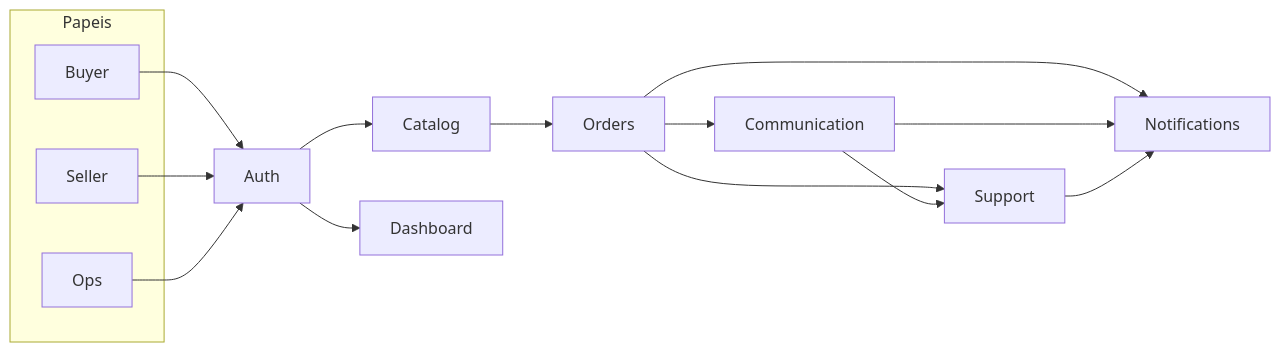
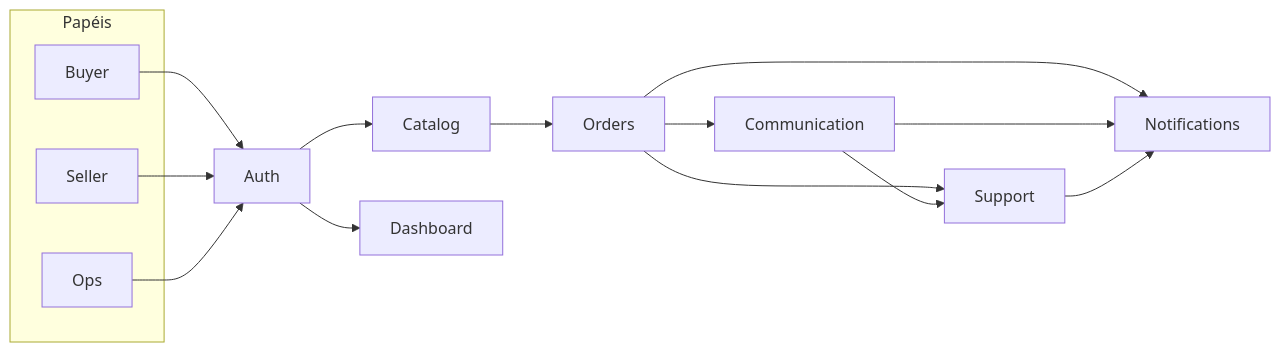
One commit to giordani-p/market-hub changed the diagram in README.md. Above: the diagram before and after it, drawn with Mermaid. The commit also changed other lines of this file, not shown here.

````diff
--- a/README.md
+++ b/README.md
@@ -55,29 +55,29 @@
 ```mermaid
 flowchart LR
-  subgraph actors [Papeis]
+  subgraph actors [Papéis]
     Buyer
     Seller
     Ops
   end
 
   Auth[Auth]
   Catalog[Catalog]
   Orders[Orders]
   Comm[Communication]
   Support[Support]
   Notif[Notifications]
   Dash[Dashboard]
 
   Buyer --> Auth
   Seller --> Auth
   Ops --> Auth
   Auth --> Catalog
   Catalog --> Orders
   Orders --> Comm
   Orders --> Support
   Comm --> Support
   Orders --> Notif
   Comm --> Notif
   Support --> Notif
   Auth --> Dash
 ```
````
